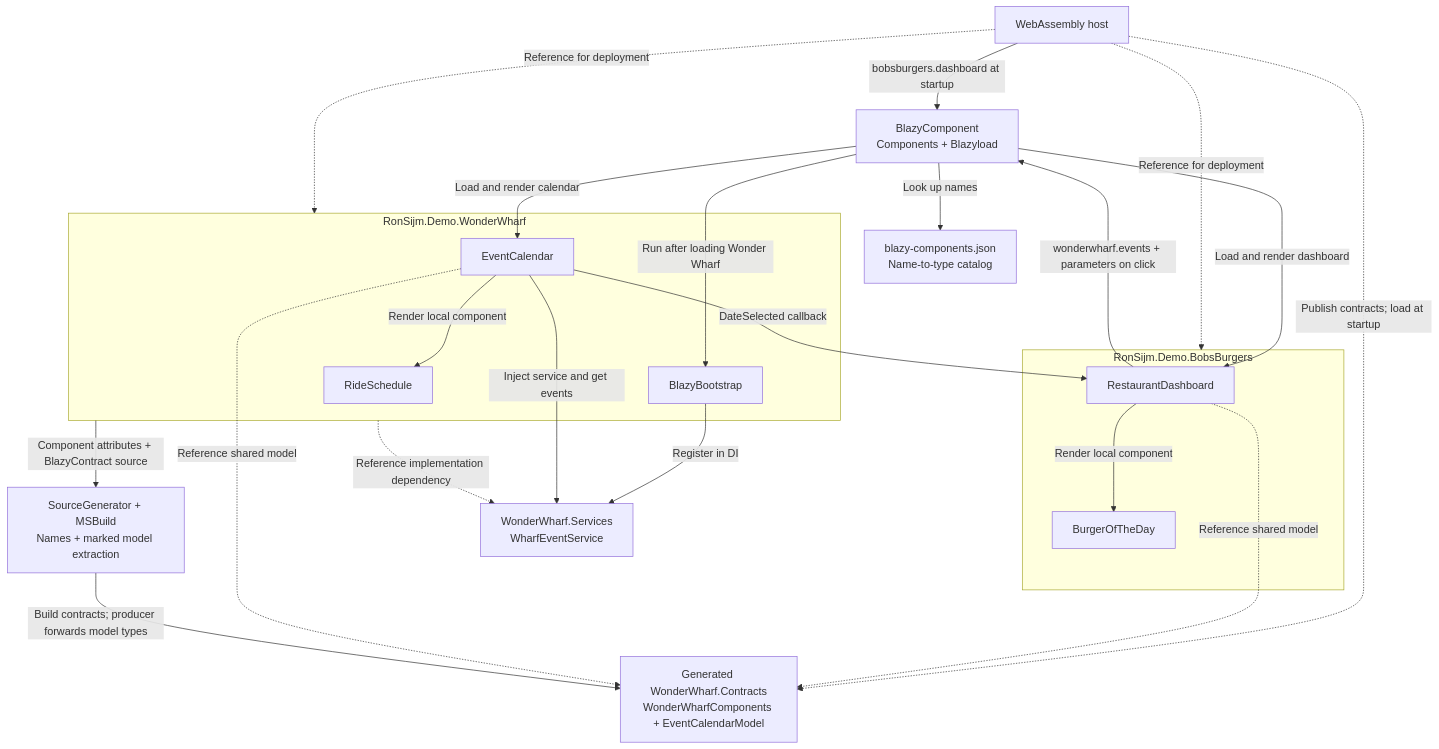
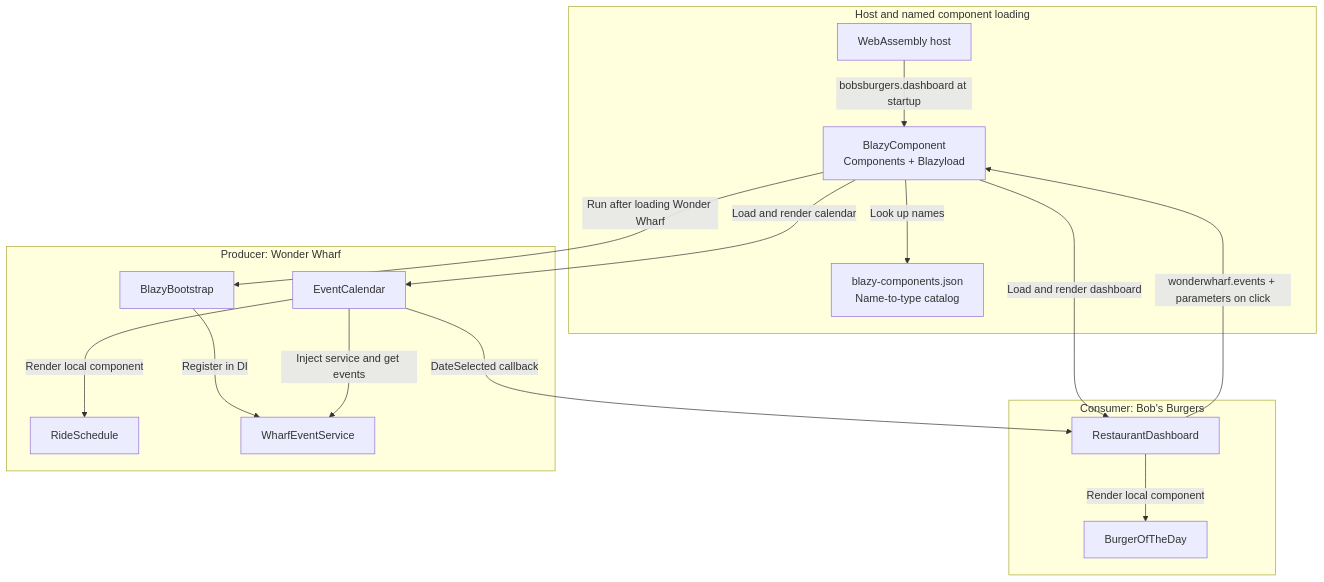
The second of 2 diagrams in Examples/Extensive/README.md (RonSijm/RonSijm.Blazyload.Components), drawn with Mermaid before and after one commit. The commit also changed other lines of this file and 35 other files, not shown here.

````diff
--- a/Examples/Extensive/README.md
+++ b/Examples/Extensive/README.md
@@ -202,41 +235,32 @@
 ```mermaid
 flowchart TB
-    host["WebAssembly host"]
-    runtime["BlazyComponent<br/>Components + Blazyload"]
-    catalog["blazy-components.json<br/>Name-to-type catalog"]
-    contracts["Generated WonderWharf.Contracts<br/>WonderWharfComponents + EventCalendarModel"]
-    exporter["SourceGenerator + MSBuild<br/>Names + marked model extraction"]
-    service["WonderWharf.Services<br/>WharfEventService"]
+    subgraph host_loading["Host and named component loading"]
+        host["WebAssembly host"]
+        runtime["BlazyComponent<br/>Components + Blazyload"]
+        catalog["blazy-components.json<br/>Name-to-type catalog"]
+        host -->|"bobsburgers.dashboard at startup"| runtime
+        runtime -->|"Look up names"| catalog
+    end
 
-    subgraph restaurant["RonSijm.Demo.BobsBurgers"]
+    subgraph restaurant["Consumer: Bob's Burgers"]
         dashboard["RestaurantDashboard"]
         burger["BurgerOfTheDay"]
         dashboard -->|"Render local component"| burger
     end
 
-    subgraph wharf["RonSijm.Demo.WonderWharf"]
+    subgraph wharf["Producer: Wonder Wharf"]
         events["EventCalendar"]
         rides["RideSchedule"]
         bootstrap["BlazyBootstrap"]
+        service["WharfEventService"]
         events -->|"Render local component"| rides
+        bootstrap -->|"Register in DI"| service
+        events -->|"Inject service and get events"| service
     end
 
-    host -.->|"Reference for deployment"| restaurant
-    host -.->|"Reference for deployment"| wharf
-    host -.->|"Publish contracts; load at startup"| contracts
-    dashboard -.->|"Reference shared model"| contracts
-    events -.->|"Reference shared model"| contracts
-    wharf -.->|"Reference implementation dependency"| service
-    wharf -->|"Component attributes + BlazyContract source"| exporter
-    exporter -->|"Build contracts; producer forwards model types"| contracts
-
-    host -->|"bobsburgers.dashboard at startup"| runtime
     dashboard -->|"wonderwharf.events + parameters on click"| runtime
-    runtime -->|"Look up names"| catalog
     runtime -->|"Load and render dashboard"| dashboard
     runtime -->|"Load and render calendar"| events
     runtime -->|"Run after loading Wonder Wharf"| bootstrap
-    bootstrap -->|"Register in DI"| service
-    events -->|"Inject service and get events"| service
     events -->|"DateSelected callback"| dashboard
 ```
````
